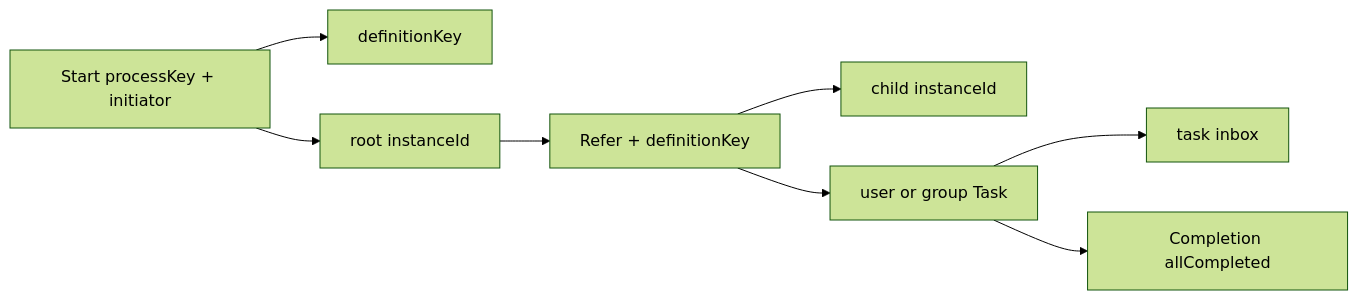
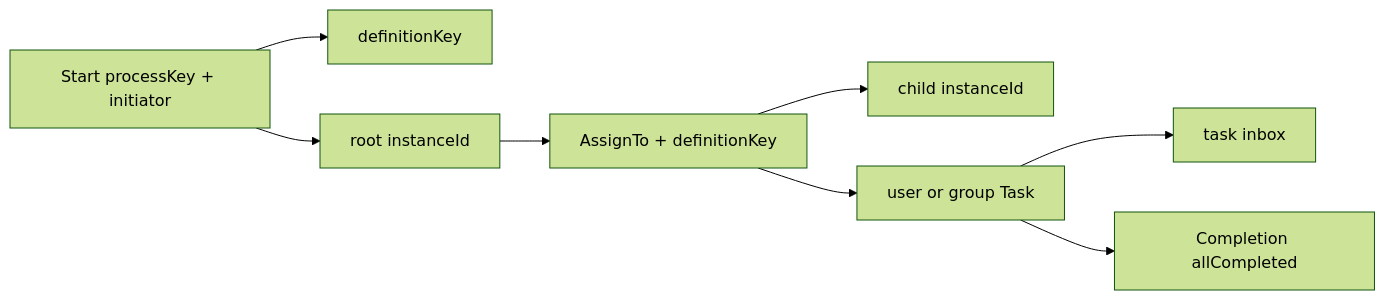
Before and after one commit to mortenaho/WorkFlowEngine: the first of 6 diagrams in docs/architecture.md, drawn with Mermaid (forest theme). The commit also changed other lines of this file and 25 other files, not shown here.

````diff
--- a/docs/architecture.md
+++ b/docs/architecture.md
@@ -111,11 +111,11 @@
 ```mermaid
 flowchart LR
   start[Start processKey + initiator]
   start --> def[definitionKey]
   start --> root[root instanceId]
-  root --> refer[Refer + definitionKey]
+  root --> refer[AssignTo + definitionKey]
   refer --> child[child instanceId]
   refer --> tasks[user or group Task]
   tasks --> inbox[task inbox]
   tasks --> done[Completion allCompleted]
 ```
````
